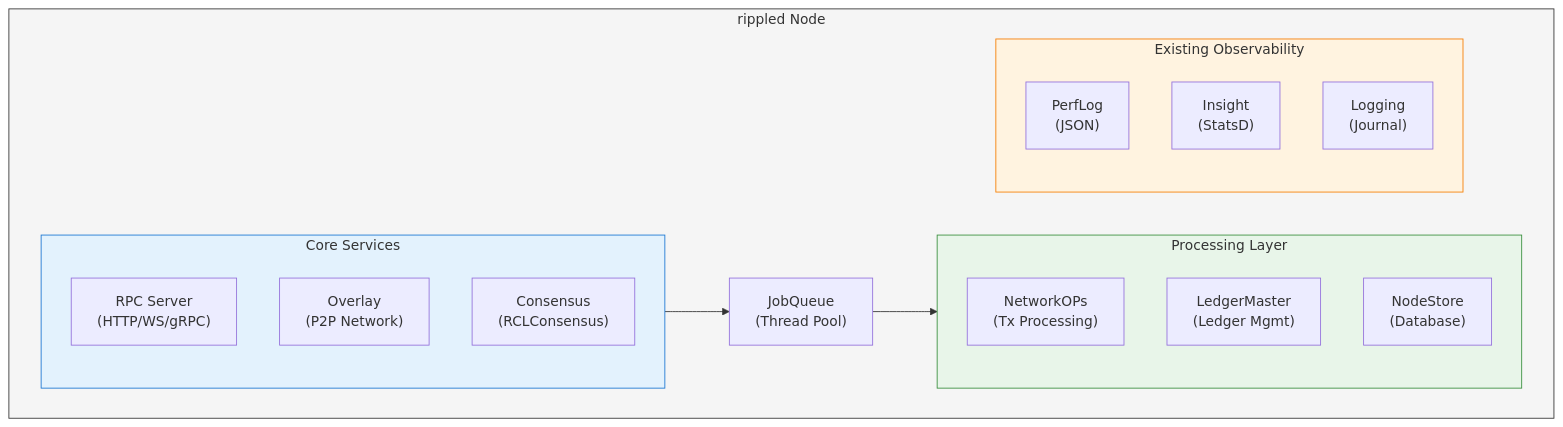
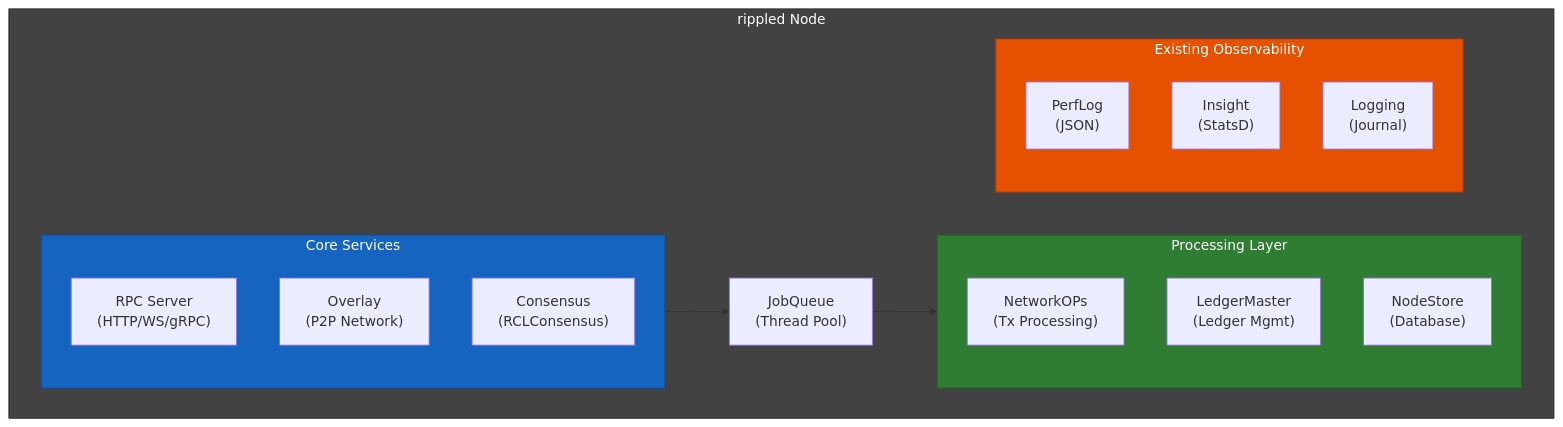
Before and after one commit to XRPL-Node/rippled: the first of 6 diagrams in OpenTelemetryPlan/01-architecture-analysis.md, drawn with Mermaid. The commit also changed other lines of this file and 8 other files, not shown here.

````diff
--- a/OpenTelemetryPlan/01-architecture-analysis.md
+++ b/OpenTelemetryPlan/01-architecture-analysis.md
@@ -12,32 +12,32 @@
 ```mermaid
 flowchart TB
     subgraph rippled["rippled Node"]
         subgraph services["Core Services"]
             RPC["RPC Server<br/>(HTTP/WS/gRPC)"]
             Overlay["Overlay<br/>(P2P Network)"]
             Consensus["Consensus<br/>(RCLConsensus)"]
         end
 
         JobQueue["JobQueue<br/>(Thread Pool)"]
 
         subgraph processing["Processing Layer"]
             NetworkOPs["NetworkOPs<br/>(Tx Processing)"]
             LedgerMaster["LedgerMaster<br/>(Ledger Mgmt)"]
             NodeStore["NodeStore<br/>(Database)"]
         end
 
         subgraph observability["Existing Observability"]
             PerfLog["PerfLog<br/>(JSON)"]
             Insight["Insight<br/>(StatsD)"]
             Logging["Logging<br/>(Journal)"]
         end
 
         services --> JobQueue
         JobQueue --> processing
     end
 
-    style rippled fill:#f5f5f5,stroke:#333
-    style services fill:#e3f2fd,stroke:#1976d2
-    style processing fill:#e8f5e9,stroke:#388e3c
-    style observability fill:#fff3e0,stroke:#f57c00
+    style rippled fill:#424242,stroke:#212121,color:#ffffff
+    style services fill:#1565c0,stroke:#0d47a1,color:#ffffff
+    style processing fill:#2e7d32,stroke:#1b5e20,color:#ffffff
+    style observability fill:#e65100,stroke:#bf360c,color:#ffffff
 ```
````
